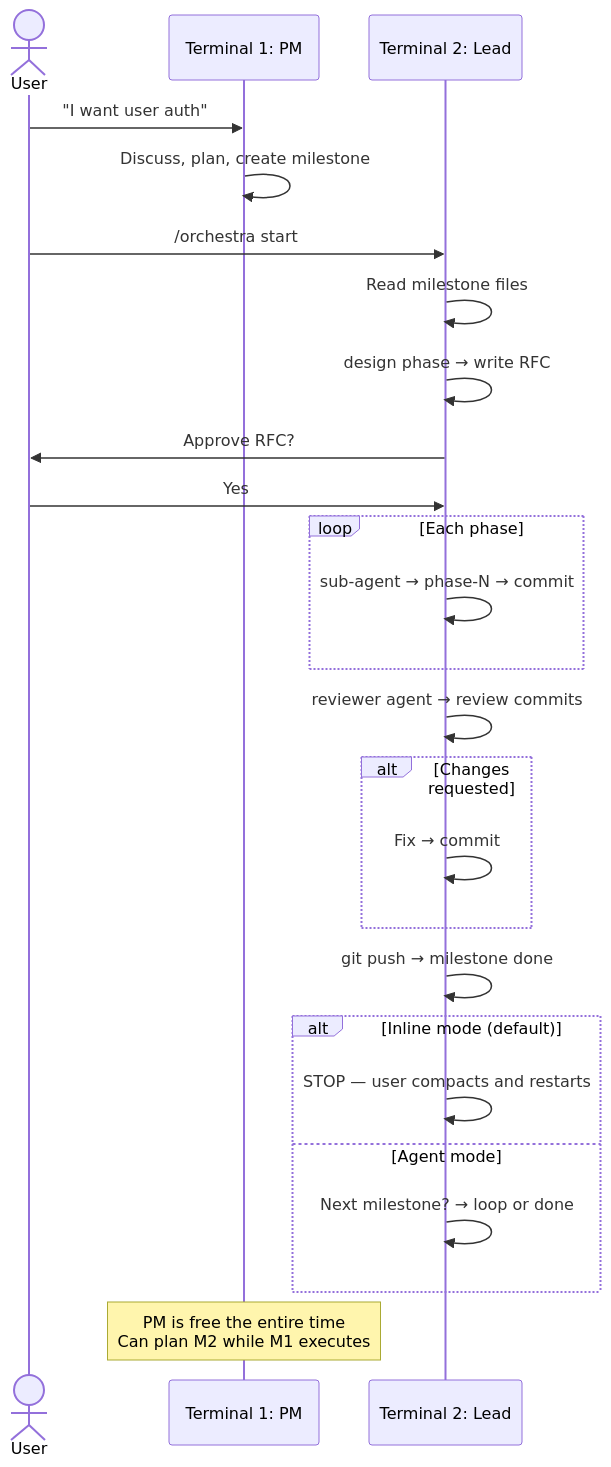
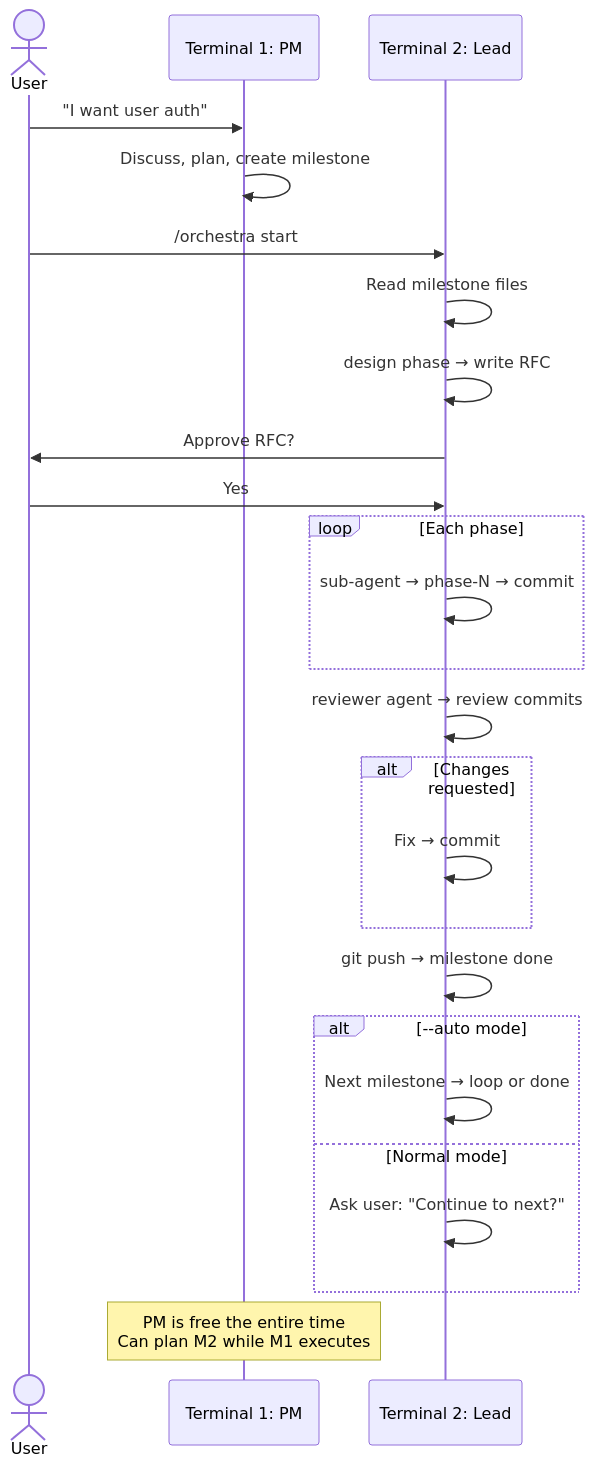
Before and after one commit to sulhadin/orchestrator: the first of 2 diagrams in template/.orchestra/README.md, drawn with Mermaid. The commit also changed other lines of this file and 13 other files, not shown here.

First line of the commit message:
refactor(config): remove milestone_isolation, hardcode agent mode

````diff
--- a/template/.orchestra/README.md
+++ b/template/.orchestra/README.md
@@ -319,36 +316,36 @@
 ```mermaid
 sequenceDiagram
     actor U as User
     participant PM as Terminal 1: PM
     participant C as Terminal 2: Lead
 
     U->>PM: "I want user auth"
     PM->>PM: Discuss, plan, create milestone
 
     U->>C: /orchestra start
     C->>C: Read milestone files
 
     C->>C: design phase → write RFC
     C->>U: Approve RFC?
     U->>C: Yes
 
     loop Each phase
         C->>C: sub-agent → phase-N → commit
     end
 
     C->>C: reviewer agent → review commits
 
     alt Changes requested
         C->>C: Fix → commit
     end
 
     C->>C: git push → milestone done
 
-    alt Inline mode (default)
-        C->>C: STOP — user compacts and restarts
-    else Agent mode
-        C->>C: Next milestone? → loop or done
+    alt --auto mode
+        C->>C: Next milestone → loop or done
+    else Normal mode
+        C->>C: Ask user: "Continue to next?"
     end
 
     Note over PM: PM is free the entire time<br/>Can plan M2 while M1 executes
 ```
````
